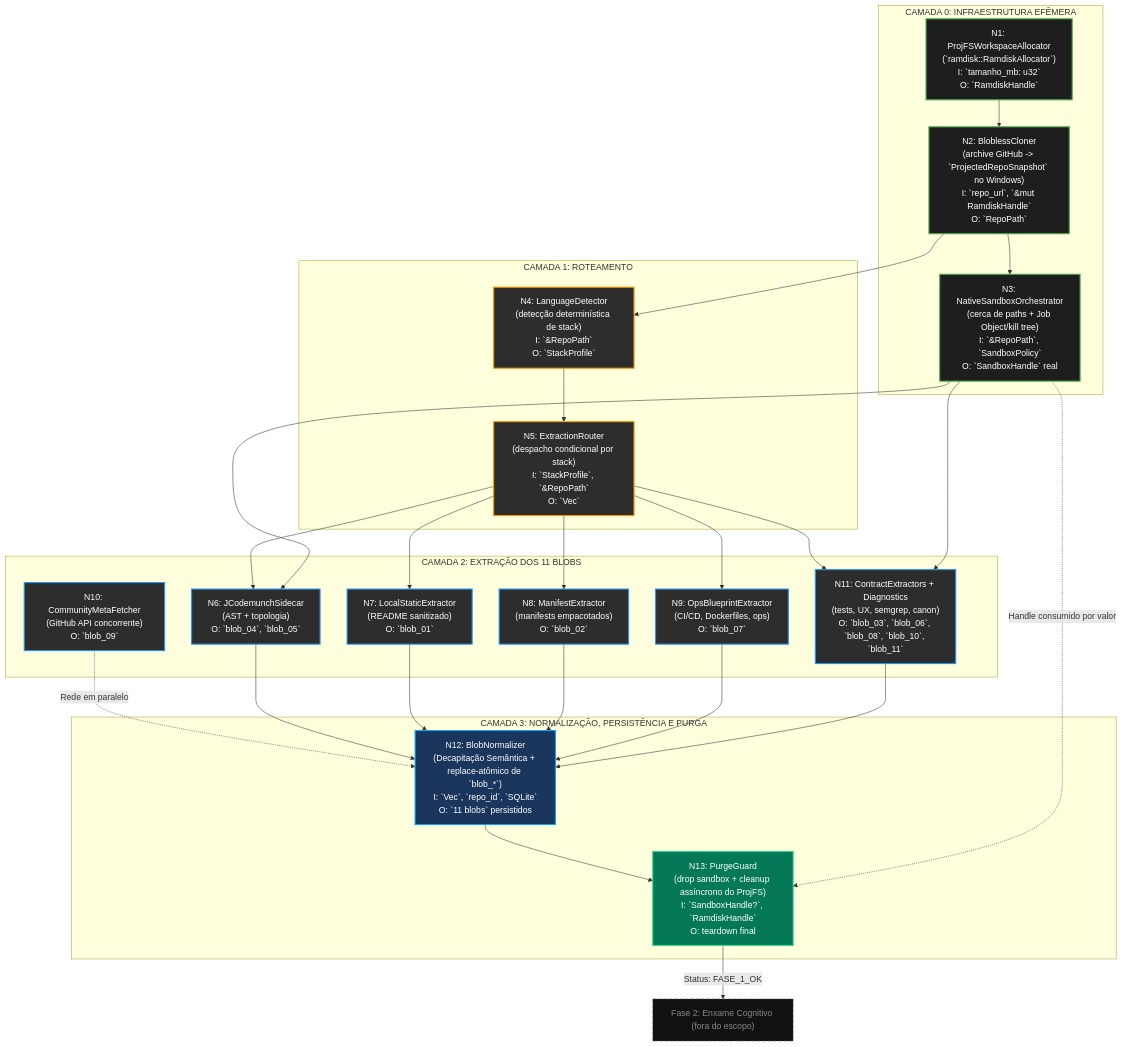
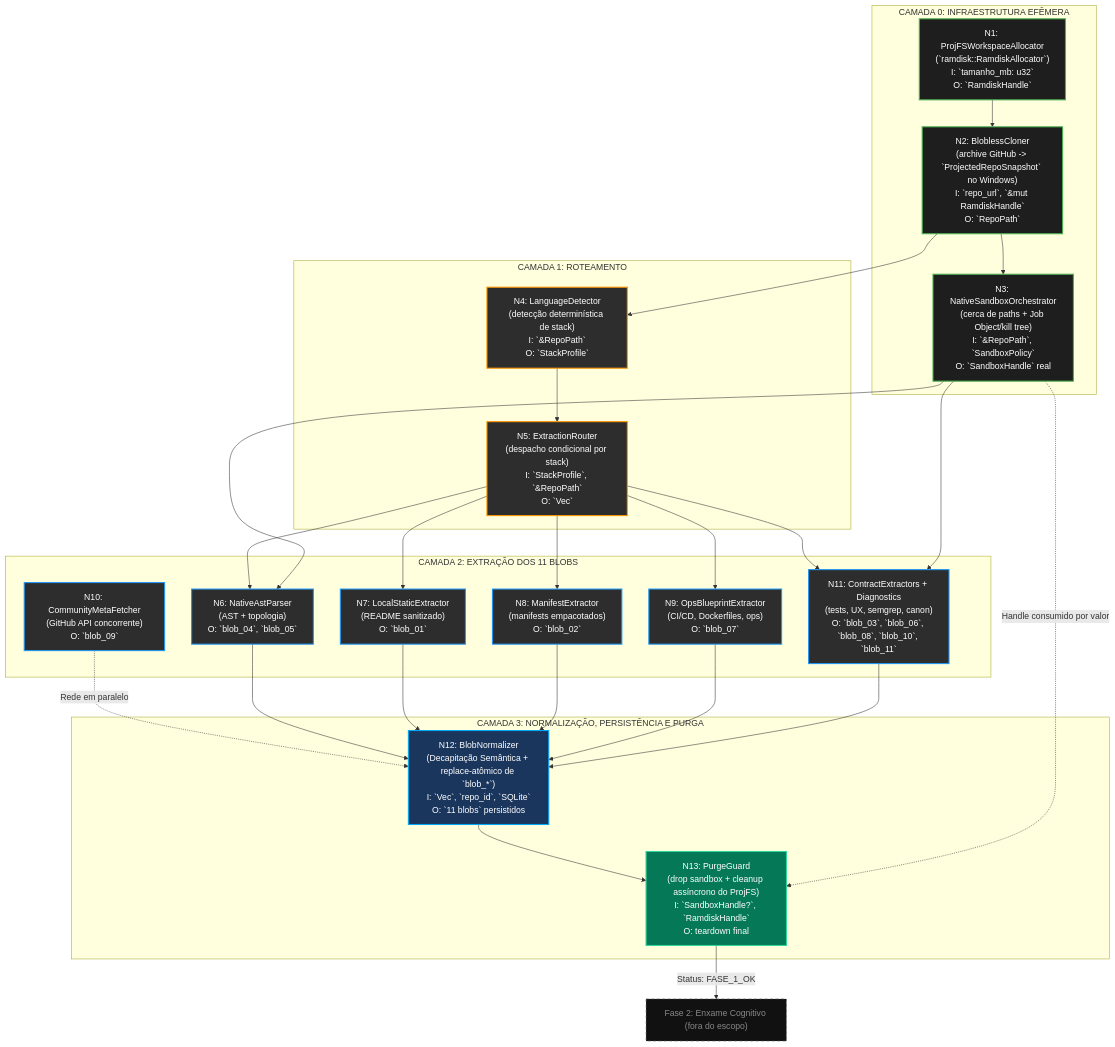
One commit to brunosrosa/genesis_mc changed the diagram in docs/dags/DAG_fase_0_design_phase1.md. Above: the diagram before and after it, drawn with Mermaid. The commit also changed other lines of this file and 21 other files, not shown here.

First line of the commit message:
refactor: replace jcodemunch with native AST parser, update all related code

````diff
--- a/docs/dags/DAG_fase_0_design_phase1.md
+++ b/docs/dags/DAG_fase_0_design_phase1.md
@@ -100,70 +100,70 @@
 ```mermaid
 graph TD
     classDef infra fill:#1e1e1e,stroke:#4CAF50,stroke-width:2px,color:#fff
     classDef route fill:#2d2d2d,stroke:#FF9800,stroke-width:2px,color:#fff
     classDef extract fill:#2d2d2d,stroke:#2196F3,stroke-width:2px,color:#fff
     classDef persist fill:#1a365d,stroke:#03A9F4,stroke-width:2px,color:#fff
     classDef guard fill:#047857,stroke:#34d399,stroke-width:2px,color:#fff
 
     subgraph CAMADA_0 ["CAMADA 0: INFRAESTRUTURA EFÊMERA"]
         N1["N1: ProjFSWorkspaceAllocator<br/>(`ramdisk::RamdiskAllocator`)<br/>I: `tamanho_mb: u32`<br/>O: `RamdiskHandle`"]
         N2["N2: BloblessCloner<br/>(archive GitHub -> `ProjectedRepoSnapshot` no Windows)<br/>I: `repo_url`, `&mut RamdiskHandle`<br/>O: `RepoPath`"]
         N3["N3: NativeSandboxOrchestrator<br/>(cerca de paths + Job Object/kill tree)<br/>I: `&RepoPath`, `SandboxPolicy`<br/>O: `SandboxHandle` real"]
 
         class N1,N2,N3 infra
     end
 
     subgraph CAMADA_1 ["CAMADA 1: ROTEAMENTO"]
         N4["N4: LanguageDetector<br/>(detecção determinística de stack)<br/>I: `&RepoPath`<br/>O: `StackProfile`"]
         N5["N5: ExtractionRouter<br/>(despacho condicional por stack)<br/>I: `StackProfile`, `&RepoPath`<br/>O: `Vec<ExtractionTask>`"]
 
         class N4,N5 route
     end
 
     subgraph CAMADA_2 ["CAMADA 2: EXTRAÇÃO DOS 11 BLOBS"]
-        N6["N6: JCodemunchSidecar<br/>(AST + topologia)<br/>O: `blob_04`, `blob_05`"]
+        N6["N6: NativeAstParser<br/>(AST + topologia)<br/>O: `blob_04`, `blob_05`"]
         N7["N7: LocalStaticExtractor<br/>(README sanitizado)<br/>O: `blob_01`"]
         N8["N8: ManifestExtractor<br/>(manifests empacotados)<br/>O: `blob_02`"]
         N9["N9: OpsBlueprintExtractor<br/>(CI/CD, Dockerfiles, ops)<br/>O: `blob_07`"]
         N10["N10: CommunityMetaFetcher<br/>(GitHub API concorrente)<br/>O: `blob_09`"]
         N11["N11: ContractExtractors + Diagnostics<br/>(tests, UX, semgrep, canon)<br/>O: `blob_03`, `blob_06`, `blob_08`, `blob_10`, `blob_11`"]
 
         class N6,N7,N8,N9,N10,N11 extract
     end
 
     subgraph CAMADA_3 ["CAMADA 3: NORMALIZAÇÃO, PERSISTÊNCIA E PURGA"]
         N12["N12: BlobNormalizer<br/>(Decapitação Semântica + replace-atômico de `blob_*`)<br/>I: `Vec<ArtifactBlob>`, `repo_id`, `SQLite`<br/>O: `11 blobs` persistidos"]
         N13["N13: PurgeGuard<br/>(drop sandbox + cleanup assíncrono do ProjFS)<br/>I: `SandboxHandle?`, `RamdiskHandle`<br/>O: teardown final"]
 
         class N12 persist
         class N13 guard
     end
 
     N1 --> N2
     N2 --> N3
     N2 --> N4
     N4 --> N5
 
     N5 --> N6
     N5 --> N7
     N5 --> N8
     N5 --> N9
     N5 --> N11
     N3 --> N6
     N3 --> N11
 
     N10 -.->|"Rede em paralelo"| N12
 
     N6 --> N12
     N7 --> N12
     N8 --> N12
     N9 --> N12
     N11 --> N12
 
     N12 --> N13
     N3 -.->|"Handle consumido por valor"| N13
 
     N13 -->|"Status: FASE_1_OK"| FASE_2["Fase 2: Enxame Cognitivo (fora do escopo)"]
 
     style FASE_2 fill:#111,stroke:#666,stroke-dasharray: 5 5,color:#888
 ```
````
